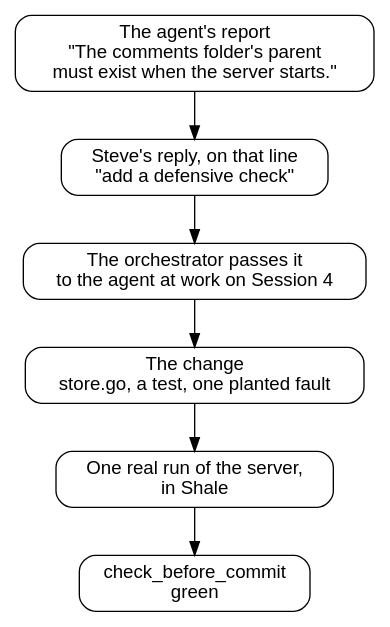
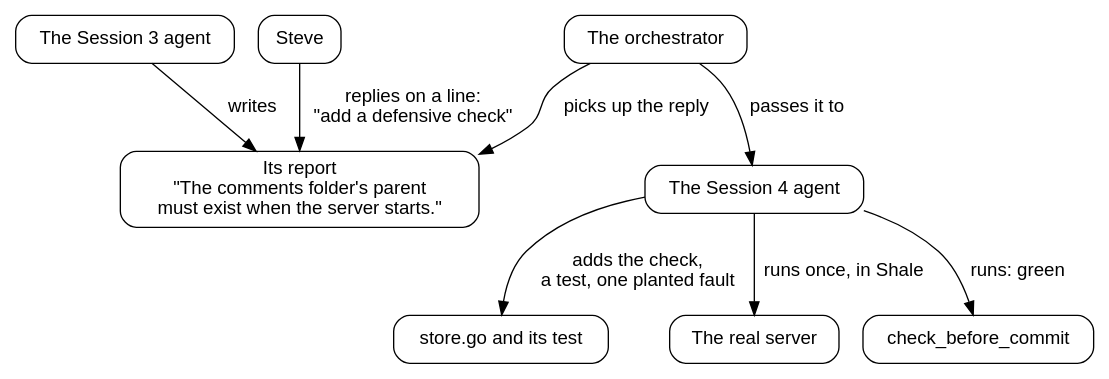
The first of 4 diagrams in book/book.md (showell/shale), drawn with Graphviz before and after one commit. The commit also changed other lines of this file and 1 other file, not shown here.

Commit message:
One loop's diagram: boxes are who and what, edges are verbs, each arrow a sentence

````diff
--- a/book/book.md
+++ b/book/book.md
@@ -120,14 +120,22 @@
 ```dot
 digraph turn {
   rankdir=TB;
   node [shape=box, style="rounded", fontname="Helvetica", margin="0.15,0.08"];
   edge [fontname="Helvetica"];
-  report [label="The agent's report\n\"The comments folder's parent\nmust exist when the server starts.\""];
-  reply [label="Steve's reply, on that line\n\"add a defensive check\""];
-  handoff [label="The orchestrator passes it\nto the agent at work on Session 4"];
-  change [label="The change\nstore.go, a test, one planted fault"];
-  real [label="One real run of the server,\nin Shale"];
-  gate [label="check_before_commit\ngreen"];
-  report -> reply -> handoff -> change -> real -> gate;
+  agent3 [label="The Session 3 agent"];
+  report [label="Its report\n\"The comments folder's parent\nmust exist when the server starts.\""];
+  steve [label="Steve"];
+  orchestrator [label="The orchestrator"];
+  agent4 [label="The Session 4 agent"];
+  code [label="store.go and its test"];
+  server [label="The real server"];
+  gate [label="check_before_commit"];
+  agent3 -> report [label="writes"];
+  steve -> report [label="replies on a line:\n\"add a defensive check\""];
+  orchestrator -> report [label="picks up the reply"];
+  orchestrator -> agent4 [label="passes it to"];
+  agent4 -> code [label="adds the check,\na test, one planted fault"];
+  agent4 -> server [label="runs once, in Shale"];
+  agent4 -> gate [label="runs: green"];
 }
 ```
````
